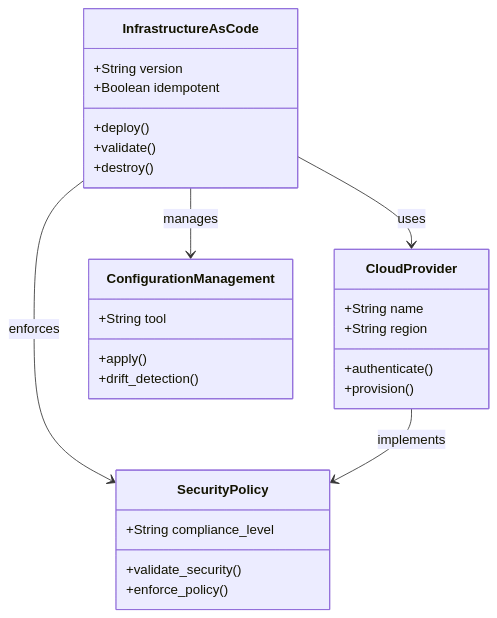
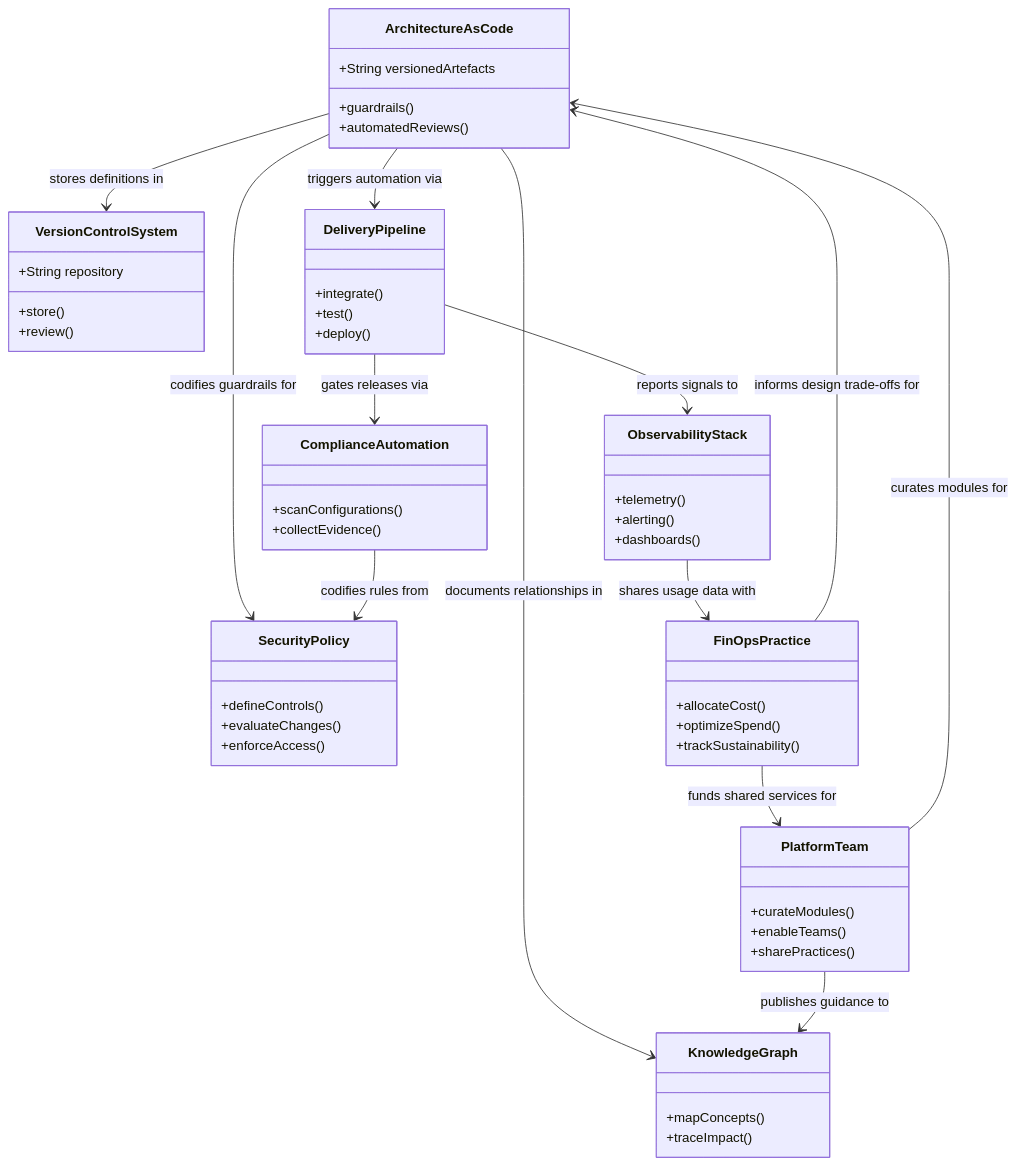
The diagram in docs/images/diagram_23_ordlista_class.mmd (Geonitab/architecture_as_code), drawn with Mermaid before and after one commit. The commit also changed other lines of this file and 1 other file, not shown here.

Commit message:
Revise glossary terminology and relationships diagram

```diff
--- a/docs/images/diagram_23_ordlista_class.mmd
+++ b/docs/images/diagram_23_ordlista_class.mmd
@@ -1,32 +1,65 @@
 classDiagram
-    class InfrastructureAsCode {
-        +String version
-        +Boolean idempotent
+    class ArchitectureAsCode {
+        +String versionedArtefacts
+        +guardrails()
+        +automatedReviews()
+    }
+
+    class VersionControlSystem {
+        +String repository
+        +store()
+        +review()
+    }
+
+    class DeliveryPipeline {
+        +integrate()
+        +test()
         +deploy()
-        +validate()
-        +destroy()
     }
-    
-    class CloudProvider {
-        +String name
-        +String region
-        +authenticate()
-        +provision()
+
+    class PlatformTeam {
+        +curateModules()
+        +enableTeams()
+        +sharePractices()
     }
-    
-    class ConfigurationManagement {
-        +String tool
-        +apply()
-        +drift_detection()
+
+    class SecurityPolicy {
+        +defineControls()
+        +evaluateChanges()
+        +enforceAccess()
     }
-    
-    class SecurityPolicy {
-        +String compliance_level
-        +validate_security()
-        +enforce_policy()
+
+    class ComplianceAutomation {
+        +scanConfigurations()
+        +collectEvidence()
     }
-    
-    InfrastructureAsCode --> CloudProvider : uses
-    InfrastructureAsCode --> ConfigurationManagement : manages
-    InfrastructureAsCode --> SecurityPolicy : enforces
-    CloudProvider --> SecurityPolicy : implements
+
+    class ObservabilityStack {
+        +telemetry()
+        +alerting()
+        +dashboards()
+    }
+
+    class FinOpsPractice {
+        +allocateCost()
+        +optimizeSpend()
+        +trackSustainability()
+    }
+
+    class KnowledgeGraph {
+        +mapConcepts()
+        +traceImpact()
+    }
+
+    ArchitectureAsCode --> VersionControlSystem : stores definitions in
+    ArchitectureAsCode --> DeliveryPipeline : triggers automation via
+    ArchitectureAsCode --> SecurityPolicy : codifies guardrails for
+    ArchitectureAsCode --> KnowledgeGraph : documents relationships in
+    PlatformTeam --> ArchitectureAsCode : curates modules for
+    PlatformTeam --> KnowledgeGraph : publishes guidance to
+    DeliveryPipeline --> ObservabilityStack : reports signals to
+    DeliveryPipeline --> ComplianceAutomation : gates releases via
+    ComplianceAutomation --> SecurityPolicy : codifies rules from
+    ObservabilityStack --> FinOpsPractice : shares usage data with
+    FinOpsPractice --> PlatformTeam : funds shared services for
+    FinOpsPractice --> ArchitectureAsCode : informs design trade-offs for
```
